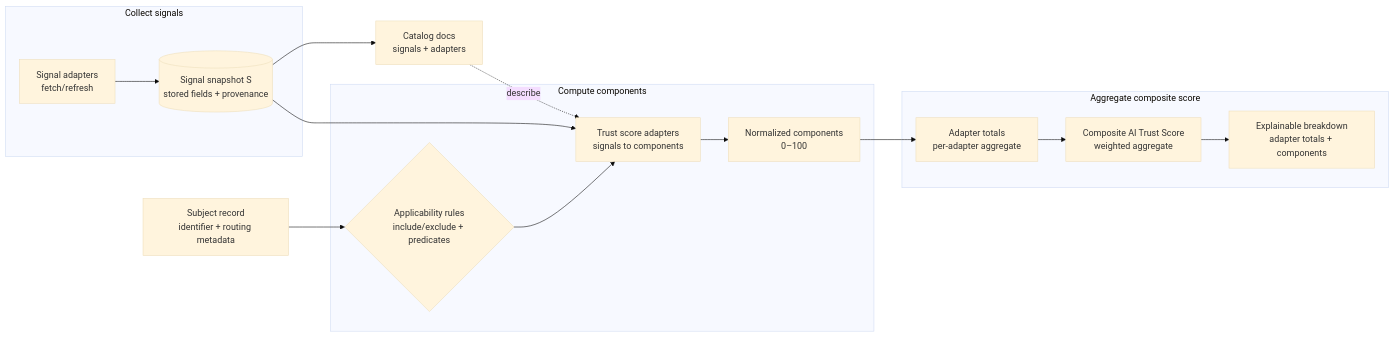
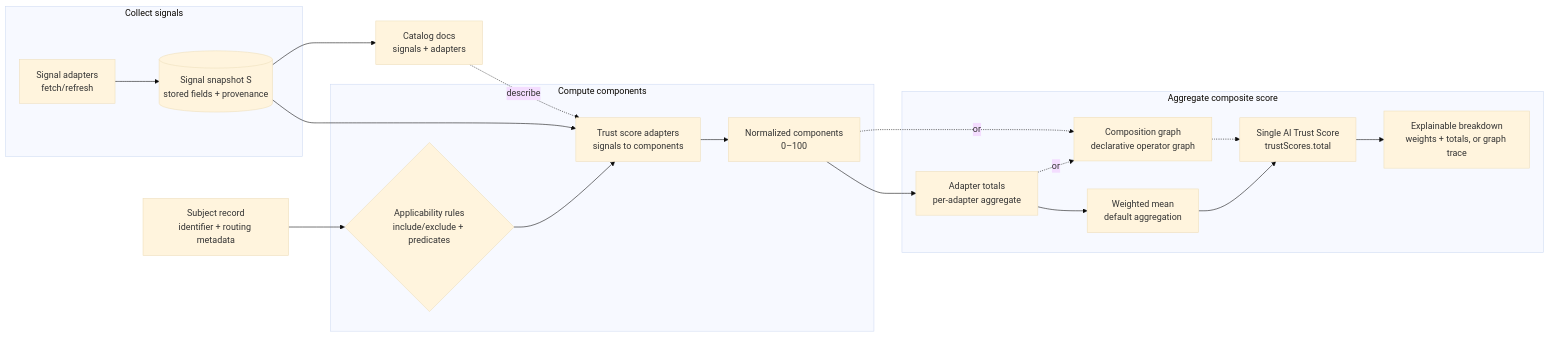
Before and after one commit to hiero-ledger/hiero-consensus-specifications: the first of 2 diagrams in docs/standards/hcs-25.md, drawn with Mermaid (base theme). The commit also changed other lines of this file, not shown here.

````diff
--- a/docs/standards/hcs-25.md
+++ b/docs/standards/hcs-25.md
@@ -131,23 +141,27 @@
 ```mermaid
 flowchart LR
   Subject[Subject record<br/>identifier + routing metadata] --> Applicability{Applicability rules<br/>include/exclude + predicates}
 
   subgraph Collection[Collect signals]
     SignalAdapters[Signal adapters<br/>fetch/refresh] --> Snapshot[(Signal snapshot S<br/>stored fields + provenance)]
   end
 
   subgraph Scoring[Compute components]
     Snapshot --> TrustAdapters[Trust score adapters<br/>signals to components]
     Applicability --> TrustAdapters
     TrustAdapters --> Components[Normalized components<br/>0–100]
   end
 
   subgraph Aggregation[Aggregate composite score]
     Components --> AdapterTotals[Adapter totals<br/>per-adapter aggregate]
-    AdapterTotals --> Composite[Composite AI Trust Score<br/>weighted aggregate]
-    Composite --> Breakdown[Explainable breakdown<br/>adapter totals + components]
+    AdapterTotals --> WeightedMean[Weighted mean<br/>default aggregation]
+    AdapterTotals -. or .-> CompositionGraph[Composition graph<br/>declarative operator graph]
+    Components -. or .-> CompositionGraph
+    WeightedMean --> Score[Single AI Trust Score<br/>trustScores.total]
+    CompositionGraph -.-> Score
+    Score --> Breakdown[Explainable breakdown<br/>weights + totals, or graph trace]
   end
 
   Snapshot --> Catalogs[Catalog docs<br/>signals + adapters]
   Catalogs -. describe .-> TrustAdapters
 ```
````
